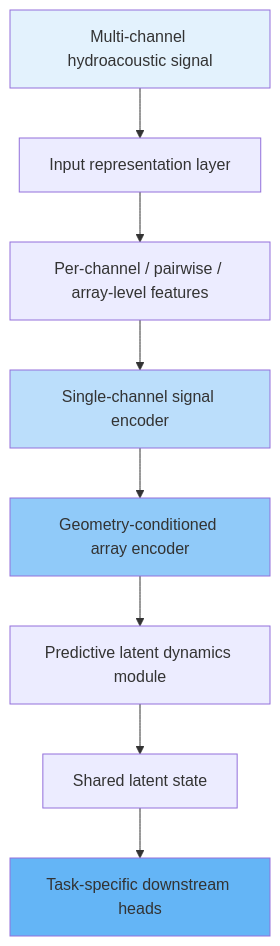
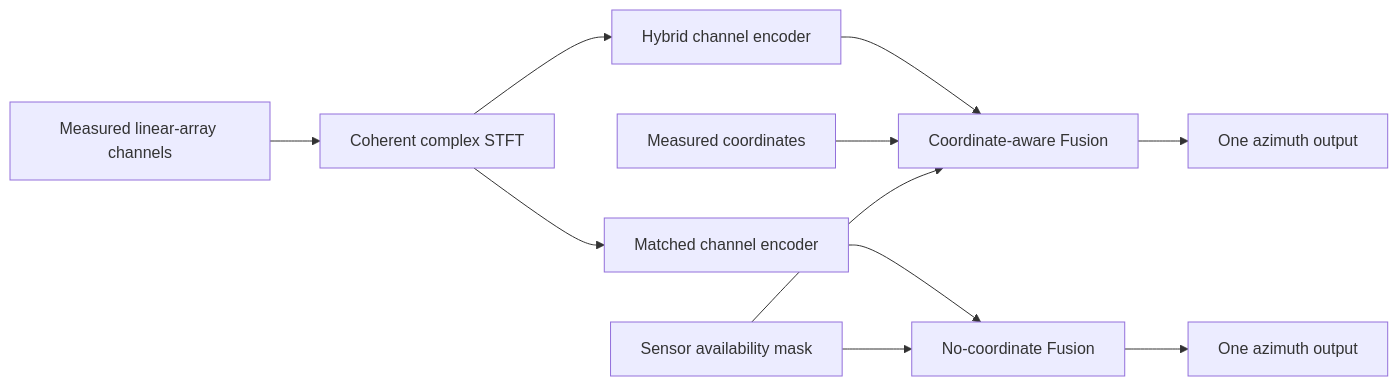
The diagram in docs/research/framework/architecture.md (NikitaS2001/hydroacoustic-doa), drawn with Mermaid before and after one commit. The commit also changed other lines of this file and 32 other files, not shown here.

````diff
--- a/docs/research/framework/architecture.md
+++ b/docs/research/framework/architecture.md
@@ -17,15 +23,13 @@
 ```mermaid
-graph TD
-    A[Multi-channel hydroacoustic signal] --> B[Input representation layer]
-    B --> C[Per-channel / pairwise / array-level features]
-    C --> D[Single-channel signal encoder]
-    D --> E[Geometry-conditioned array encoder]
-    E --> F[Predictive latent dynamics module]
-    F --> G[Shared latent state]
-    G --> H[Task-specific downstream heads]
-    
-    style A fill:#e3f2fd
-    style D fill:#bbdefb
-    style E fill:#90caf9
-    style H fill:#64b5f6
+graph LR
+    A[Measured linear-array channels] --> B[Coherent complex STFT]
+    B --> C[Hybrid channel encoder]
+    C --> D[Coordinate-aware Fusion]
+    D --> H[One azimuth output]
+    B --> E[Matched channel encoder]
+    E --> F[No-coordinate Fusion]
+    F --> I[One azimuth output]
+    G[Measured coordinates] --> D
+    J[Sensor availability mask] --> D
+    J --> F
 ```
````
